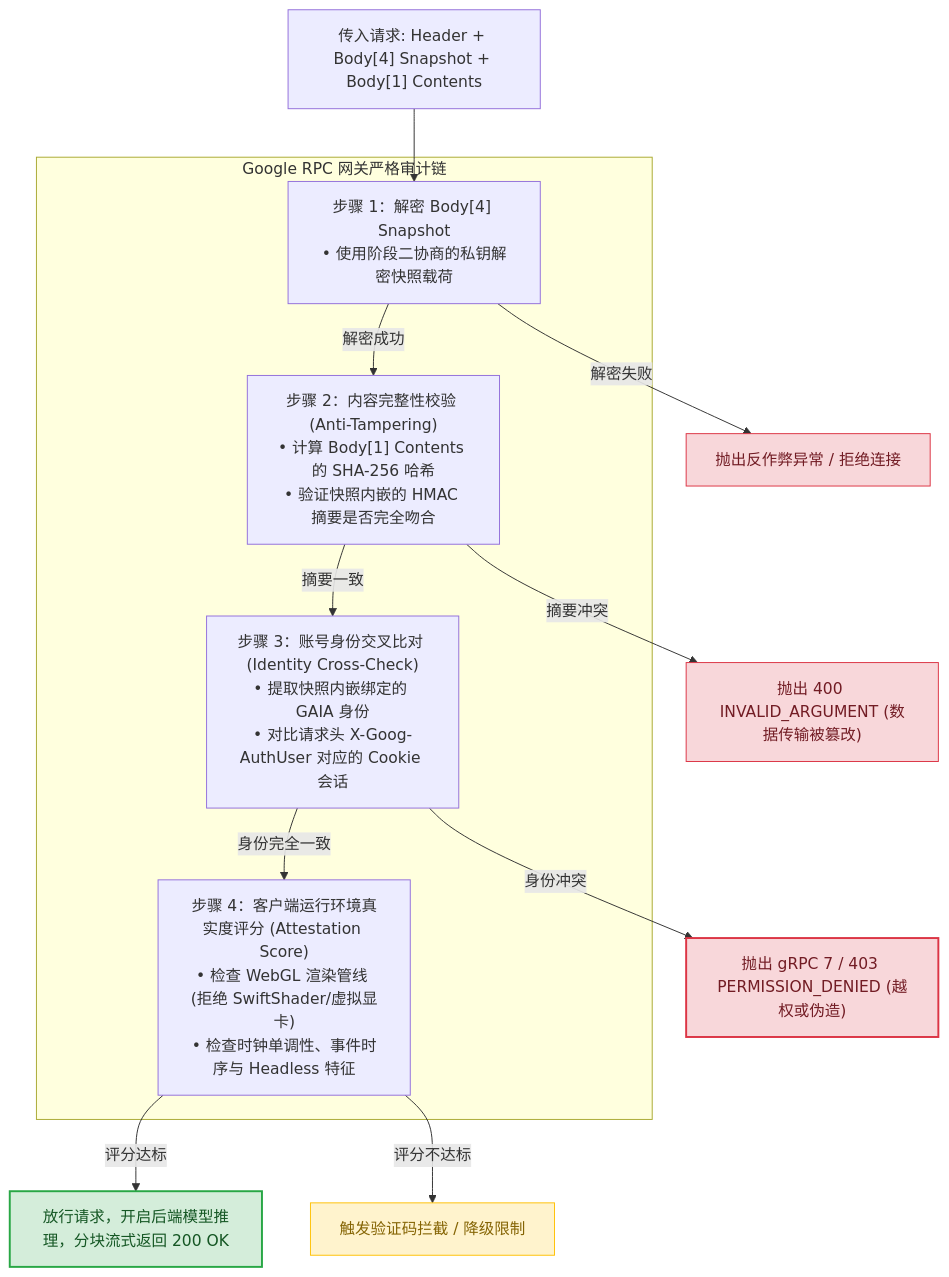
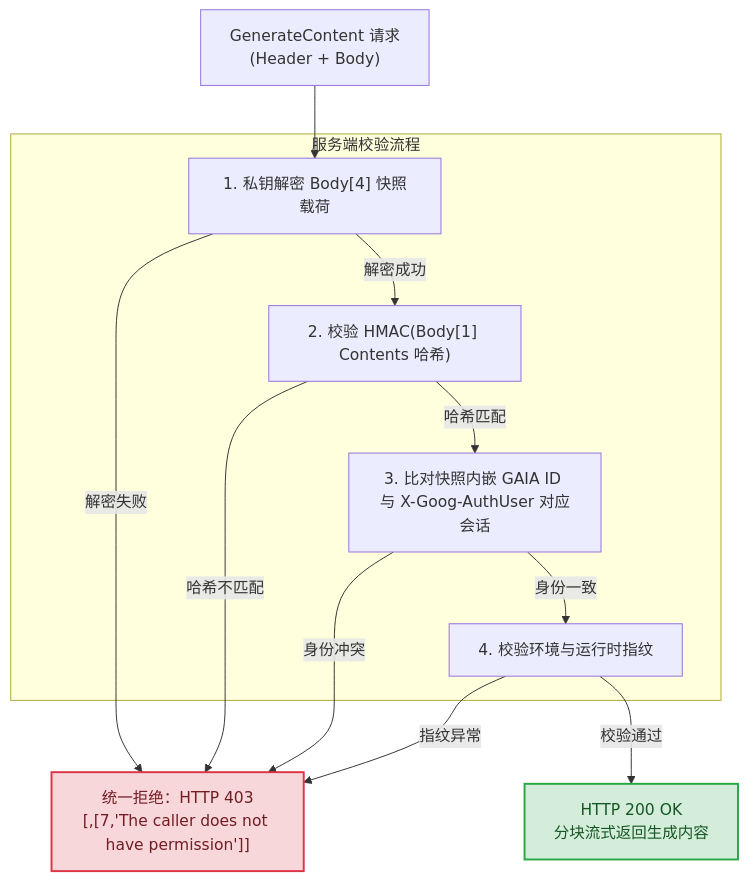
One commit to DeconstructedCube/aistudio-api changed the third of 3 diagrams in docs/BOTGUARD_VERIFICATION_CHAIN.md. Above: the diagram before and after it, drawn with Mermaid. The commit also changed other lines of this file and 14 other files, not shown here.

Commit message:
docs: add architecture spec, refine BotGuard verification chain, and clean up web assets

````diff
--- a/docs/BOTGUARD_VERIFICATION_CHAIN.md
+++ b/docs/BOTGUARD_VERIFICATION_CHAIN.md
@@ -245,27 +244,24 @@
 ```mermaid
 flowchart TD
-    Req["传入请求: Header + Body[4] Snapshot + Body[1] Contents"] --> Step1
+    Req["GenerateContent 请求<br/>(Header + Body)"] --> Step1
 
-    subgraph Audit ["Google RPC 网关严格审计链"]
-        Step1["步骤 1：解密 Body[4] Snapshot<br/>• 使用阶段二协商的私钥解密快照载荷"]
-        Step2["步骤 2：内容完整性校验 (Anti-Tampering)<br/>• 计算 Body[1] Contents 的 SHA-256 哈希<br/>• 验证快照内嵌的 HMAC 摘要是否完全吻合"]
-        Step3["步骤 3：账号身份交叉比对 (Identity Cross-Check)<br/>• 提取快照内嵌绑定的 GAIA 身份<br/>• 对比请求头 X-Goog-AuthUser 对应的 Cookie 会话"]
-        Step4["步骤 4：客户端运行环境真实度评分 (Attestation Score)<br/>• 检查 WebGL 渲染管线 (拒绝 SwiftShader/虚拟显卡)<br/>• 检查时钟单调性、事件时序与 Headless 特征"]
+    subgraph GatewayValidation ["服务端校验流程"]
+        Step1["1. 私钥解密 Body[4] 快照载荷"]
+        Step2["2. 校验 HMAC(Body[1] Contents 哈希)"]
+        Step3["3. 比对快照内嵌 GAIA ID 与 X-Goog-AuthUser 对应会话"]
+        Step4["4. 校验环境与运行时指纹"]
 
         Step1 -->|解密成功| Step2
-        Step2 -->|摘要一致| Step3
-        Step3 -->|身份完全一致| Step4
+        Step2 -->|哈希匹配| Step3
+        Step3 -->|身份一致| Step4
     end
 
-    Step1 -->|解密失败| Err1["抛出反作弊异常 / 拒绝连接"]
-    Step2 -->|摘要冲突| Err2["抛出 400 INVALID_ARGUMENT (数据传输被篡改)"]
-    Step3 -->|身份冲突| Err3["抛出 gRPC 7 / 403 PERMISSION_DENIED (越权或伪造)"]
-    Step4 -->|评分达标| Pass["放行请求，开启后端模型推理，分块流式返回 200 OK"]
-    Step4 -->|评分不达标| Err4["触发验证码拦截 / 降级限制"]
+    Step1 -->|解密失败| Reject["统一拒绝：HTTP 403<br/>[,[7,'The caller does not have permission']]"]
+    Step2 -->|哈希不匹配| Reject
+    Step3 -->|身份冲突| Reject
+    Step4 -->|指纹异常| Reject
+    Step4 -->|校验通过| Accept["HTTP 200 OK<br/>分块流式返回生成内容"]
 
-    style Pass fill:#d4edda,stroke:#28a745,stroke-width:2px,color:#155724
-    style Err1 fill:#f8d7da,stroke:#dc3545,stroke-width:1px,color:#721c24
-    style Err2 fill:#f8d7da,stroke:#dc3545,stroke-width:1px,color:#721c24
-    style Err3 fill:#f8d7da,stroke:#dc3545,stroke-width:2px,color:#721c24
-    style Err4 fill:#fff3cd,stroke:#ffc107,stroke-width:1px,color:#856404
+    style Accept fill:#d4edda,stroke:#28a745,stroke-width:2px,color:#155724
+    style Reject fill:#f8d7da,stroke:#dc3545,stroke-width:2px,color:#721c24
 ```
````
